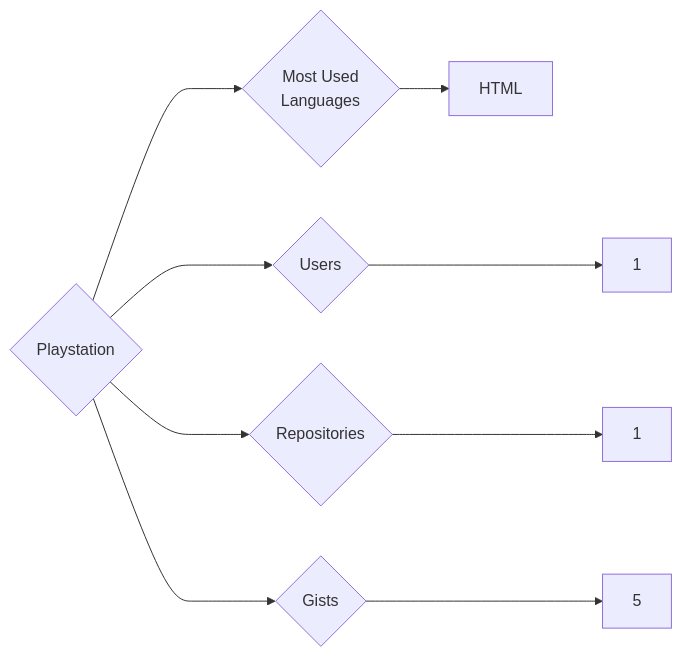
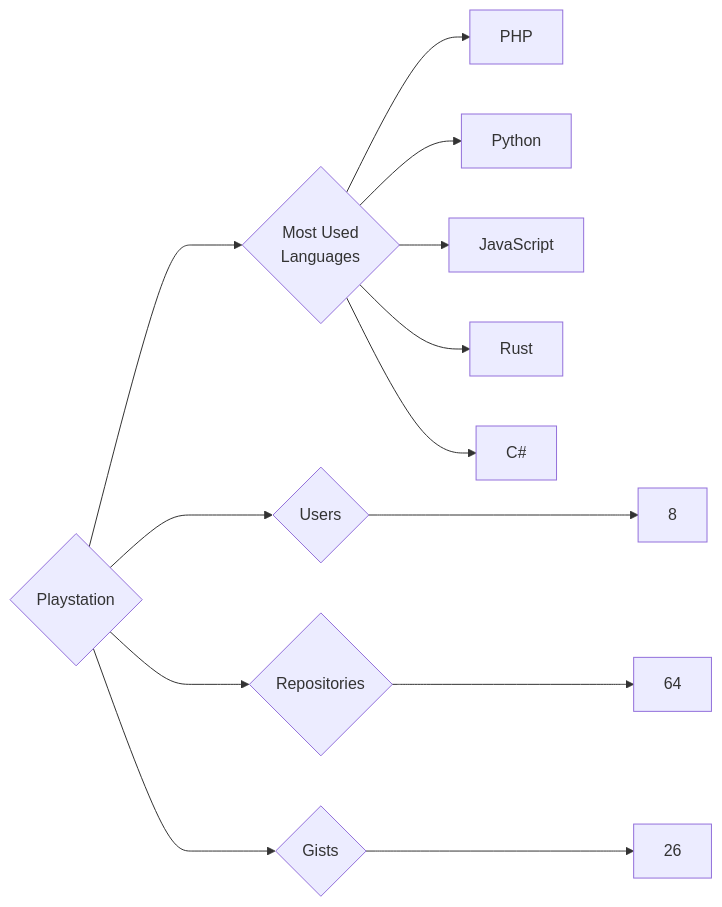
One commit to trickest/insiders changed the diagram in targets/Playstation/README.md. Above: the diagram before and after it, drawn with Mermaid. The commit also changed 878 other files, not shown here.

````diff
--- a/targets/Playstation/README.md
+++ b/targets/Playstation/README.md
@@ -3,9 +3,13 @@
 ```mermaid
 graph LR
 COMPANY_NAME{Playstation}
-COMPANY_NAME ---> U{Users} ---> UN[1]
-COMPANY_NAME ---> R{Repositories} ---> RN[1]
-COMPANY_NAME ---> G{Gists} ---> GN[5]
+COMPANY_NAME ---> U{Users} ---> UN[8]
+COMPANY_NAME ---> R{Repositories} ---> RN[64]
+COMPANY_NAME ---> G{Gists} ---> GN[26]
 COMPANY_NAME ---> ML{Most Used<br>Languages}
-ML --> HTML[HTML]
+ML --> PHP[PHP]
+ML --> Python[Python]
+ML --> JavaScript[JavaScript]
+ML --> Rust[Rust]
+ML --> C#[C#]
 ```
````
